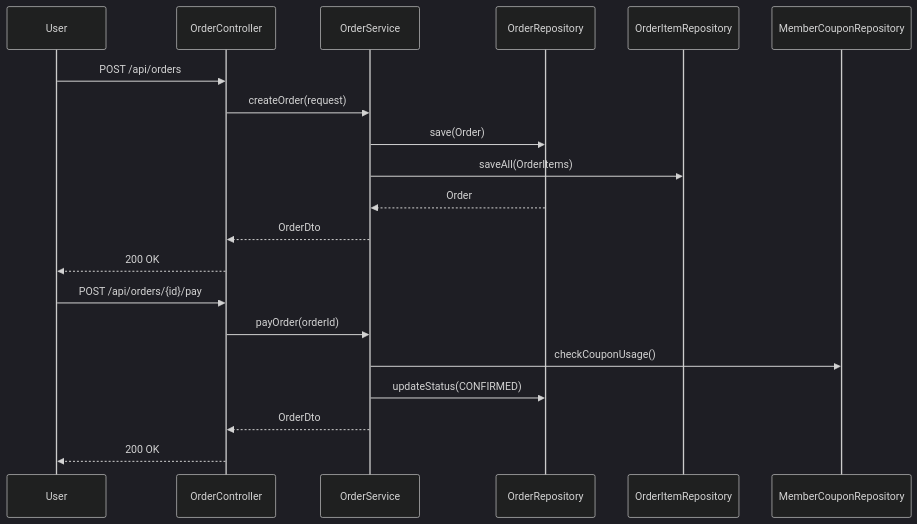
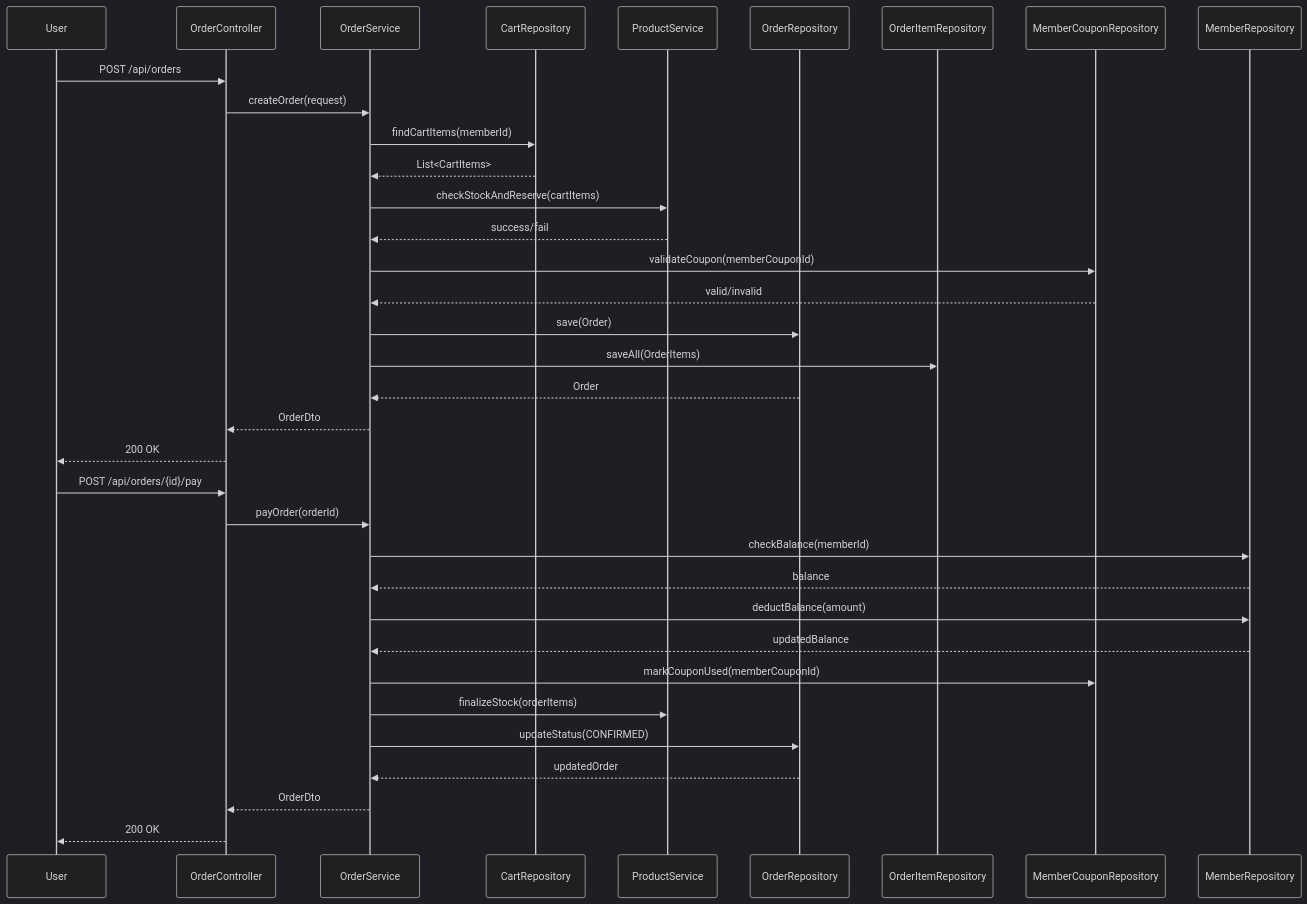
One commit to hansu88/tdd-erd changed the diagram in docs/diagrams/order/orders.mmd. Above: the diagram before and after it, drawn with Mermaid (dark theme). The commit also changed 1 other file, not shown here.

Commit message:
"docs: 상품, 주문에 대한 시퀀스다이어그램 추가"

```diff
--- a/docs/diagrams/order/orders.mmd
+++ b/docs/diagrams/order/orders.mmd
@@ -1,22 +1,37 @@
 sequenceDiagram
     participant User
     participant OrderController
     participant OrderService
+    participant CartRepository
+    participant ProductService
     participant OrderRepository
     participant OrderItemRepository
     participant MemberCouponRepository
+    participant MemberRepository
 
     User->>OrderController: POST /api/orders
     OrderController->>OrderService: createOrder(request)
+    OrderService->>CartRepository: findCartItems(memberId)
+    CartRepository-->>OrderService: List<CartItems>
+    OrderService->>ProductService: checkStockAndReserve(cartItems)
+    ProductService-->>OrderService: success/fail
+    OrderService->>MemberCouponRepository: validateCoupon(memberCouponId)
+    MemberCouponRepository-->>OrderService: valid/invalid
     OrderService->>OrderRepository: save(Order)
     OrderService->>OrderItemRepository: saveAll(OrderItems)
     OrderRepository-->>OrderService: Order
     OrderService-->>OrderController: OrderDto
     OrderController-->>User: 200 OK
 
     User->>OrderController: POST /api/orders/{id}/pay
     OrderController->>OrderService: payOrder(orderId)
-    OrderService->>MemberCouponRepository: checkCouponUsage()
+    OrderService->>MemberRepository: checkBalance(memberId)
+    MemberRepository-->>OrderService: balance
+    OrderService->>MemberRepository: deductBalance(amount)
+    MemberRepository-->>OrderService: updatedBalance
+    OrderService->>MemberCouponRepository: markCouponUsed(memberCouponId)
+    OrderService->>ProductService: finalizeStock(orderItems)
     OrderService->>OrderRepository: updateStatus(CONFIRMED)
+    OrderRepository-->>OrderService: updatedOrder
     OrderService-->>OrderController: OrderDto
     OrderController-->>User: 200 OK
```
